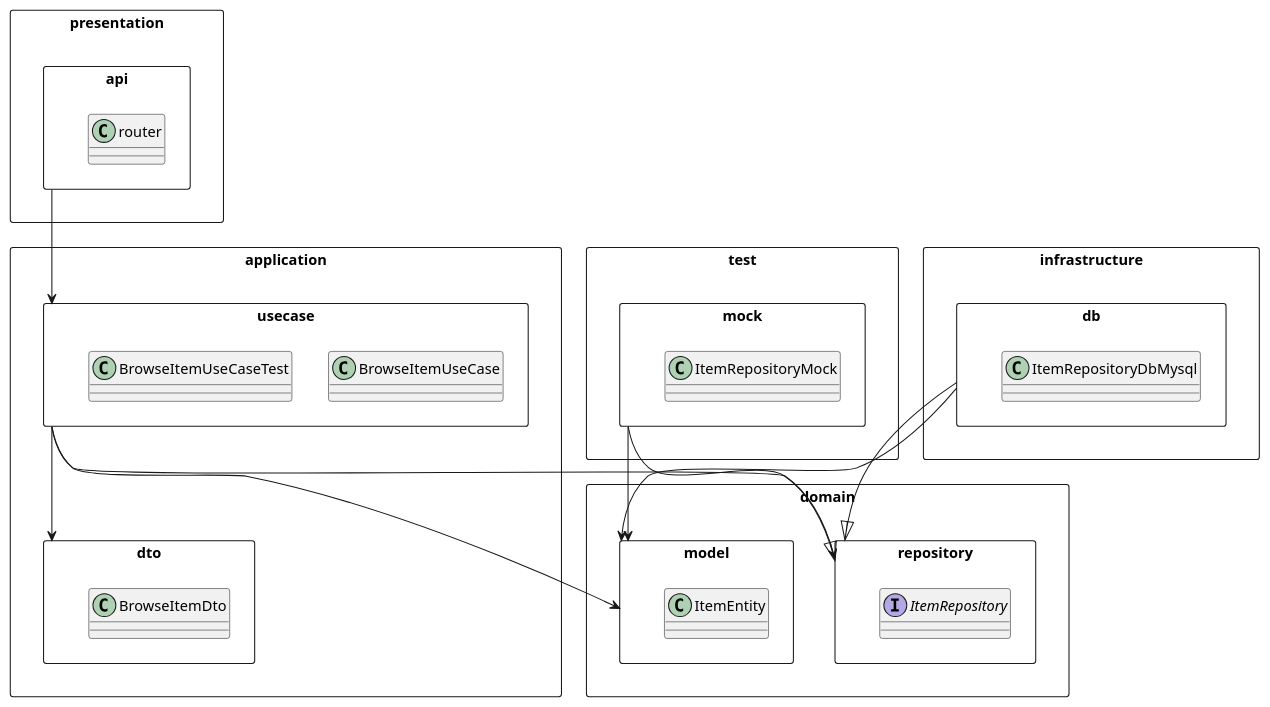
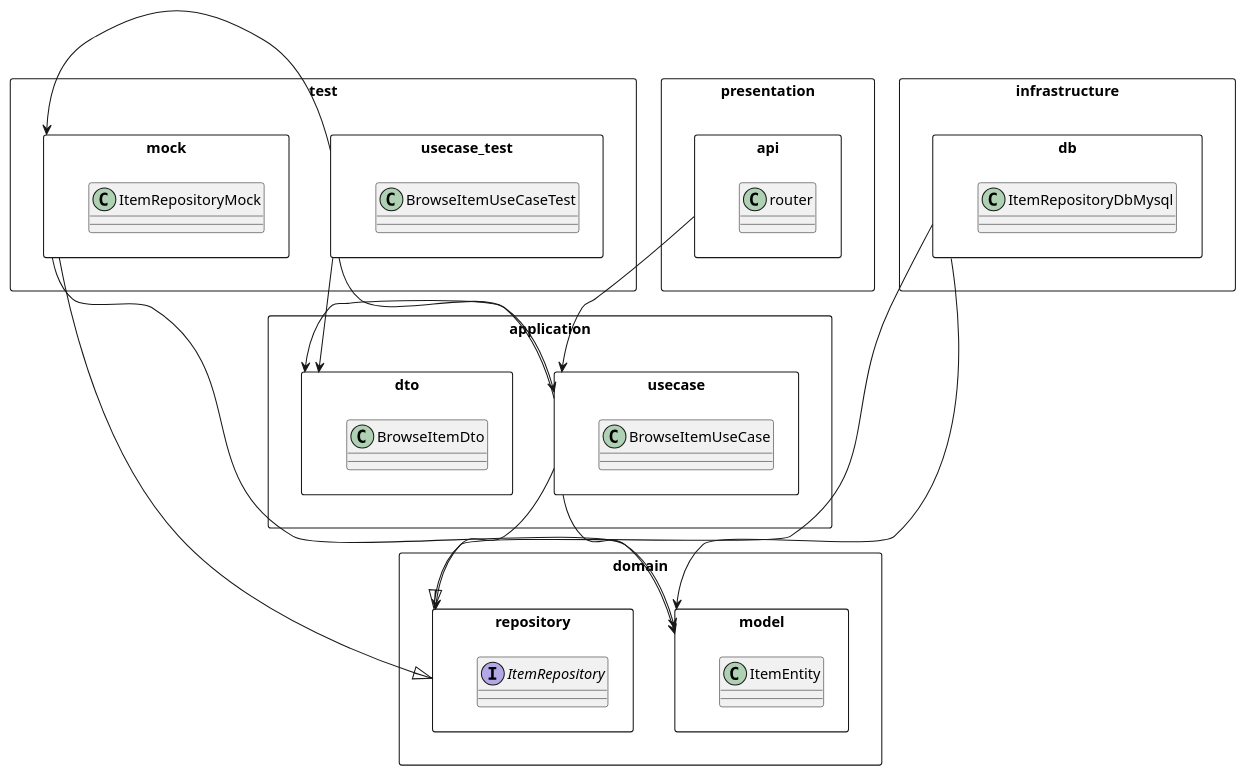
Before and after one commit to kenta4327/example-of-ec-site: the diagram in docs/class/class.pu, drawn with PlantUML. The commit also changed 1 other file, not shown here.

Commit message:
クラス図修正

```diff
--- a/docs/class/class.pu
+++ b/docs/class/class.pu
@@ -1,50 +1,56 @@
 @startuml class
 
 package presentation <<Rectangle>> {
     package api <<Rectangle>> {
         class router
     }
 }
 
 package test <<Rectangle>> {
+    package usecase_test <<Rectangle>> {
+        class BrowseItemUseCaseTest
+    }
     package mock <<Rectangle>> {
         class ItemRepositoryMock
     }
 }
 
 package infrastructure <<Rectangle>> {
     package db <<Rectangle>> {
         class ItemRepositoryDbMysql
     }
 }
 
 package application <<Rectangle>> {
     package usecase <<Rectangle>> {
         class BrowseItemUseCase
-        class BrowseItemUseCaseTest
     }
     package dto <<Rectangle>> {
         class BrowseItemDto
     }
 }
 
 package domain <<Rectangle>> {
     package repository <<Rectangle>> {
         Interface ItemRepository
     }
 
     package model <<Rectangle>> {
         class ItemEntity
     }
 }
 
 api --> usecase
+db ---|> repository
+db ---> model
+usecase -> dto
 usecase --> repository
 usecase --> model
-usecase --> dto
-db --|> repository
-db --> model
-mock --|> repository
-mock --> model
+
+usecase_test -> mock
+usecase_test --> usecase
+usecase_test --> dto
+mock ---|> repository
+mock ---> model
 
 @enduml
```
